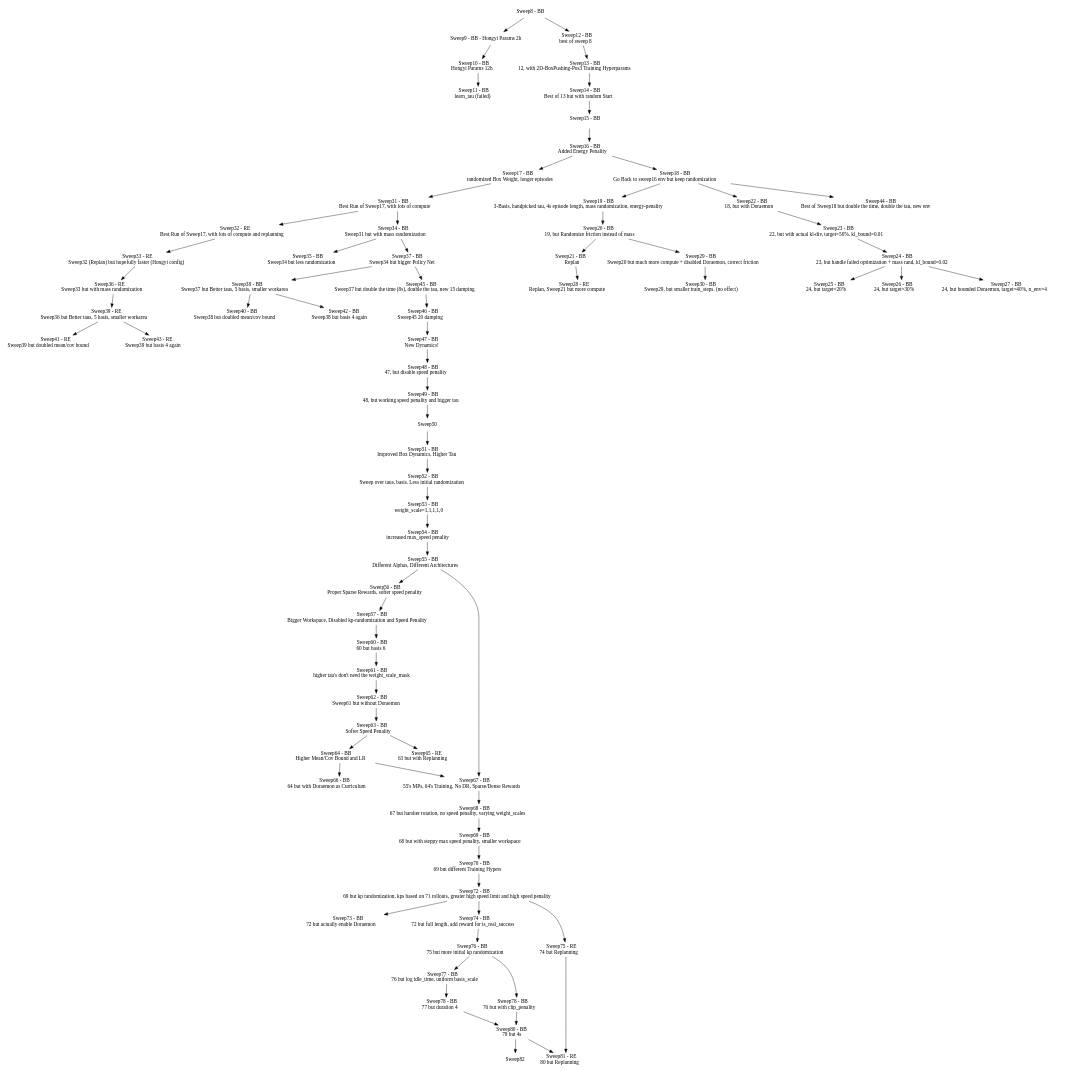
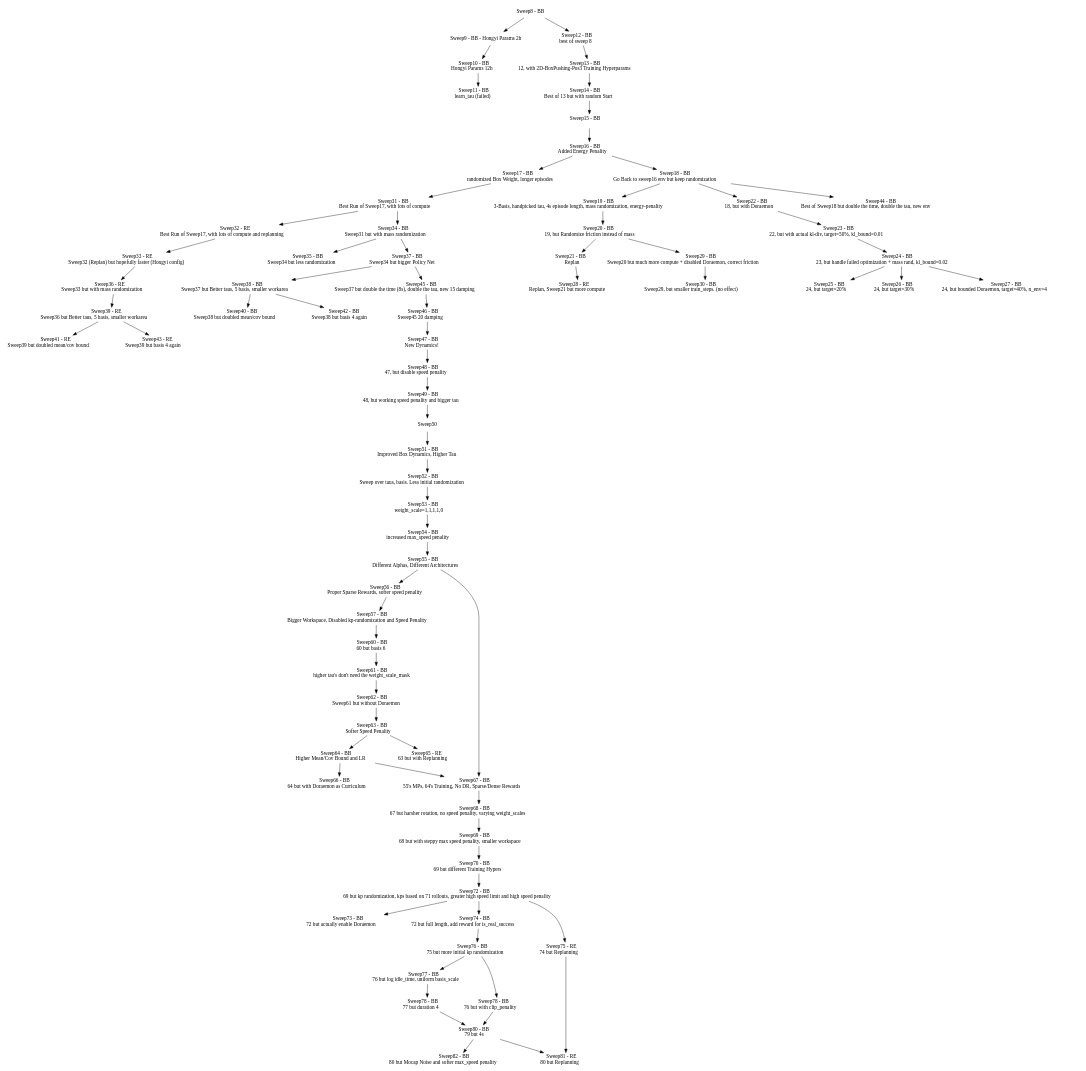
The diagram in sweeps.dot (maxmunzel/fancy_gym), drawn with Graphviz before and after one commit.

```diff
--- a/sweeps.dot
+++ b/sweeps.dot
@@ -1,150 +1,151 @@
 digraph Sweeps {
     // Nodes
     node [shape=plaintext]
     "Sweep8"  [label=<Sweep8 - BB>];
     "Sweep9"  [label=<Sweep9 - BB - Hongyi Params 2h>];
     "Sweep10" [label=<Sweep10 - BB <BR/> Hongyi Params 12h>];
     "Sweep11" [label=<Sweep11 - BB <BR/> learn_tau (failed)>];
     "Sweep12" [label=<Sweep12 - BB <BR/> best of sweep 8>];
     "Sweep13" [label=<Sweep13 - BB <BR/> 12, with 2D-BoxPushing-Pos3 Training Hyperparams>];
     "Sweep14" [label=<Sweep14 - BB <BR/> Best of 13 but with random Start>];
     "Sweep15" [label=<Sweep15 - BB <BR/> >];
     "Sweep16" [label=<Sweep16 - BB <BR/> Added Energy Penality>];
     "Sweep17" [label=<Sweep17 - BB <BR/> randomized Box Weight, longer episodes>];
     "Sweep18" [label=<Sweep18 - BB <BR/> Go Back to sweep16 env but keep randomization>];
     "Sweep19" [label=<Sweep19 - BB <BR/> 3-Basis, handpicked tau, 4s episode length, mass randomization, energy-penality>];
     "Sweep20" [label=<Sweep20 - BB <BR/> 19, but Randomize friction instead of mass>];
     "Sweep21" [label=<Sweep21 - BB <BR/> Replan>];
     "Sweep22" [label=<Sweep22 - BB <BR/> 18, but with Doraemon>];
     "Sweep23" [label=<Sweep23 - BB <BR/> 22, but with actual kl-div, target=50%, kl_bound=0.01>];
     "Sweep24" [label=<Sweep24 - BB <BR/> 23, but handle failed optimization + mass rand, kl_bound=0.02>];
     "Sweep25" [label=<Sweep25 - BB <BR/> 24, but target=20%>];
     "Sweep26" [label=<Sweep26 - BB <BR/> 24, but target=30%>];
     "Sweep27" [label=<Sweep27 - BB <BR/> 24, but bounded Doraemon, target=40%, n_env=4>];
     "Sweep28" [label=<Sweep28 - RE <BR/> Replan, Sweep21 but more compute>];
     "Sweep29" [label=<Sweep29 - BB <BR/> Sweep20 but much more compute + disabled Doraemon, correct friction>];
     "Sweep30" [label=<Sweep30 - BB <BR/> Sweep29, but smaller train_steps. (no effect)>];
     "Sweep31" [label=<Sweep31 - BB <BR/> Best Run of Sweep17, with lots of compute>];
     "Sweep32" [label=<Sweep32 - RE <BR/> Best Run of Sweep17, with lots of compute and replanning>];
     "Sweep33" [label=<Sweep33 - RE <BR/> Sweep32 (Replan) but hopefully faster (Hongyi config)>];
     "Sweep34" [label=<Sweep34 - BB <BR/> Sweep31 but with mass randomization>];
     "Sweep35" [label=<Sweep35 - BB <BR/> Sweep34 but less randomization>];
     "Sweep36" [label=<Sweep36 - RE <BR/> Sweep33 but with mass randomization>];
     "Sweep37" [label=<Sweep37 - BB <BR/> Sweep34 but bigger Policy Net>];
     "Sweep38" [label=<Sweep38 - BB <BR/> Sweep37 but Better taus, 5 basis, smaller workarea>];
     "Sweep39" [label=<Sweep39 - RE <BR/> Sweep36 but Better taus, 5 basis, smaller workarea>];
     "Sweep40" [label=<Sweep40 - BB <BR/> Sweep38 but doubled mean/cov bound>];
     "Sweep41" [label=<Sweep41 - RE <BR/> Sweep39 but doubled mean/cov bound>];
     "Sweep42" [label=<Sweep42 - BB <BR/> Sweep38 but basis 4 again>];
     "Sweep43" [label=<Sweep43 - RE <BR/> Sweep39 but basis 4 again>];
     "Sweep44" [label=<Sweep44 - BB <BR/> Best of Sweep18 but double the time, double the tau, new env>];
     "Sweep45" [label=<Sweep45 - BB <BR/> Sweep37 but double the time (8s), double the tau, new 15 damping>];
     "Sweep46" [label=<Sweep46 - BB <BR/> Sweep45 20 damping>];
     "Sweep47" [label=<Sweep47 - BB <BR/> New Dynamics! >];
     "Sweep48" [label=<Sweep48 - BB <BR/> 47, but disable speed penality  >];
     "Sweep49" [label=<Sweep49 - BB <BR/> 48, but working speed penality and bigger tau  >];
     "Sweep51" [label=<Sweep51 - BB <BR/> Improved Box Dynamics, Higher Tau>];
     "Sweep52" [label=<Sweep52 - BB <BR/> Sweep over taus, basis. Less initial randomization>];
     "Sweep53" [label=<Sweep53 - BB <BR/> weight_scale=1,1,1,1,0 >];
     "Sweep54" [label=<Sweep54 - BB <BR/> increased max_speed penality>];
     "Sweep55" [label=<Sweep55 - BB <BR/> Different Alphas, Different Architectures>];
     "Sweep56" [label=<Sweep56 - BB <BR/> Proper Sparse Rewards, softer speed penality>];
     "Sweep57" [label=<Sweep57 - BB <BR/> Bigger Workspace, Disabled kp-randomization and Speed Penality>];
     "Sweep60" [label=<Sweep60 - BB <BR/> 60 but basis 6>];
     "Sweep61" [label=<Sweep61 - BB <BR/> higher tau's don't need the weight_scale_mask>];
     "Sweep62" [label=<Sweep62 - BB <BR/> Sweep61 but without Doraemon>];
     "Sweep63" [label=<Sweep63 - BB <BR/> Softer Speed Penality >];
     "Sweep64" [label=<Sweep64 - BB <BR/> Higher Mean/Cov Bound and LR >];
     "Sweep65" [label=<Sweep65 - RE <BR/> 63 but with Replanning >];
     "Sweep66" [label=<Sweep66 - BB <BR/> 64 but with Doraemon as Curriculum >];
     "Sweep67" [label=<Sweep67 - BB <BR/> 55's MPs, 64's Training, No DR, Sparse/Dense Rewards >];
     "Sweep68" [label=<Sweep68 - BB <BR/> 67 but harsher rotation, no speed penality, varying weight_scales >];
     "Sweep69" [label=<Sweep69 - BB <BR/> 68 but with steppy max speed penality, smaller workspace >];
     "Sweep70" [label=<Sweep70 - BB <BR/> 69 but different Training Hypers >];
     "Sweep72" [label=<Sweep72 - BB <BR/> 69 but kp randomization, kps based on 71 rollouts, greater high speed limit and high speed penality >];
     "Sweep73" [label=<Sweep73 - BB <BR/> 72 but actually enable Doraemon >];
     "Sweep74" [label=<Sweep74 - BB <BR/> 72 but full length, add reward for is_real_success >];
     "Sweep75" [label=<Sweep75 - RE <BR/> 74 but Replanning >];
     "Sweep76" [label=<Sweep76 - BB <BR/> 75 but more initial kp randomization>];
     "Sweep77" [label=<Sweep77 - BB <BR/> 76 but log idle_time, uniform basis_scale>];
     "Sweep78" [label=<Sweep78 - BB <BR/> 77 but duration 4>];
     "Sweep79" [label=<Sweep78 - BB <BR/> 76 but with clip_penality>];
     "Sweep80" [label=<Sweep80 - BB <BR/> 79 but 4s>];
     "Sweep81" [label=<Sweep81 - RE <BR/> 80 but Replanning>];
+    "Sweep82" [label=<Sweep82 - BB <BR/> 80 but Mocap Noise and softer max_speed penality>];
 
     // Edges
     "Sweep8" -> "Sweep9"
     "Sweep9" -> "Sweep10"
     "Sweep10" -> "Sweep11"
     "Sweep8" -> "Sweep12"
     "Sweep12" -> "Sweep13"
     "Sweep13" -> "Sweep14"
     "Sweep16" -> "Sweep18"
     "Sweep18" -> "Sweep19"
     "Sweep19" -> "Sweep20"
     "Sweep21" -> "Sweep28"
     "Sweep20" -> "Sweep29"
     "Sweep29" -> "Sweep30"
     "Sweep17" -> "Sweep31"
     "Sweep31" -> "Sweep32"
     "Sweep32" -> "Sweep33"
     "Sweep31" -> "Sweep34"
     "Sweep34" -> "Sweep35"
     "Sweep33" -> "Sweep36"
     "Sweep34" -> "Sweep37"
     "Sweep37" -> "Sweep38"
     "Sweep36" -> "Sweep39"
     "Sweep38" -> "Sweep40"
     "Sweep39" -> "Sweep41"
     "Sweep38" -> "Sweep42"
     "Sweep39" -> "Sweep43"
     "Sweep18" -> "Sweep22"
     "Sweep22" -> "Sweep23"
     "Sweep23" -> "Sweep24"
     "Sweep24" -> "Sweep25"
     "Sweep24" -> "Sweep26"
     "Sweep24" -> "Sweep27"
     "Sweep18" -> "Sweep44"
     "Sweep14" -> "Sweep15"
     "Sweep15" -> "Sweep16"
     "Sweep16" -> "Sweep17"
     "Sweep20" -> "Sweep21"
     "Sweep37" -> "Sweep45"
     "Sweep45" -> "Sweep46"
     "Sweep46" -> "Sweep47"
     "Sweep47" -> "Sweep48"
     "Sweep48" -> "Sweep49"
     "Sweep49" -> "Sweep50"
     "Sweep50" -> "Sweep51"
     "Sweep51" -> "Sweep52"
     "Sweep52" -> "Sweep53"
     "Sweep53" -> "Sweep54"
     "Sweep54" -> "Sweep55"
     "Sweep55" -> "Sweep56"
     "Sweep56" -> "Sweep57"
     "Sweep57" -> "Sweep60"
     "Sweep60" -> "Sweep61"
     "Sweep61" -> "Sweep62"
     "Sweep62" -> "Sweep63"
     "Sweep63" -> "Sweep64"
     "Sweep63" -> "Sweep65"
     "Sweep64" -> "Sweep66"
     "Sweep55" -> "Sweep67"
     "Sweep64" -> "Sweep67"
     "Sweep67" -> "Sweep68"
     "Sweep68" -> "Sweep69"
     "Sweep69" -> "Sweep70"
     "Sweep70" -> "Sweep72"
     "Sweep72" -> "Sweep73"
     "Sweep72" -> "Sweep74"
     "Sweep72" -> "Sweep75"
     "Sweep74" -> "Sweep76"
     "Sweep76" -> "Sweep77"
     "Sweep77" -> "Sweep78"
     "Sweep76" -> "Sweep79"
     "Sweep78" -> "Sweep80"
     "Sweep79" -> "Sweep80"
     "Sweep80" -> "Sweep81"
     "Sweep75" -> "Sweep81"
     "Sweep80" -> "Sweep82"
 }
```
